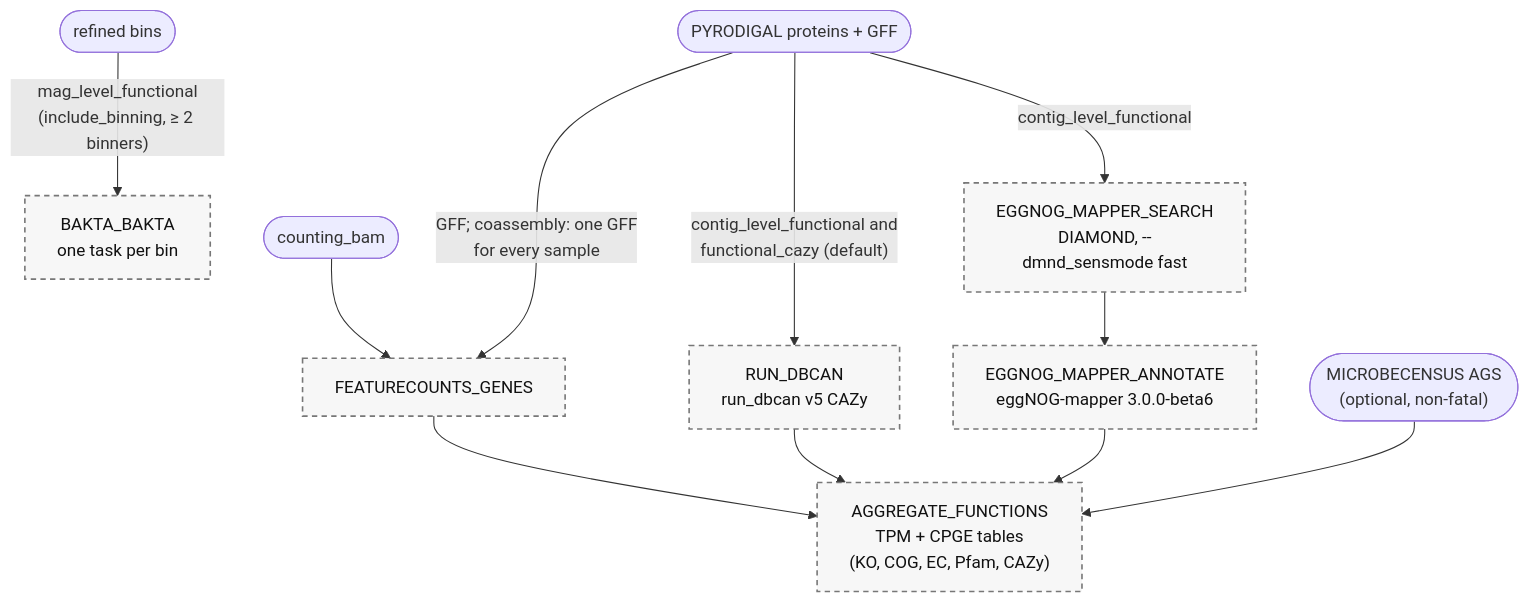
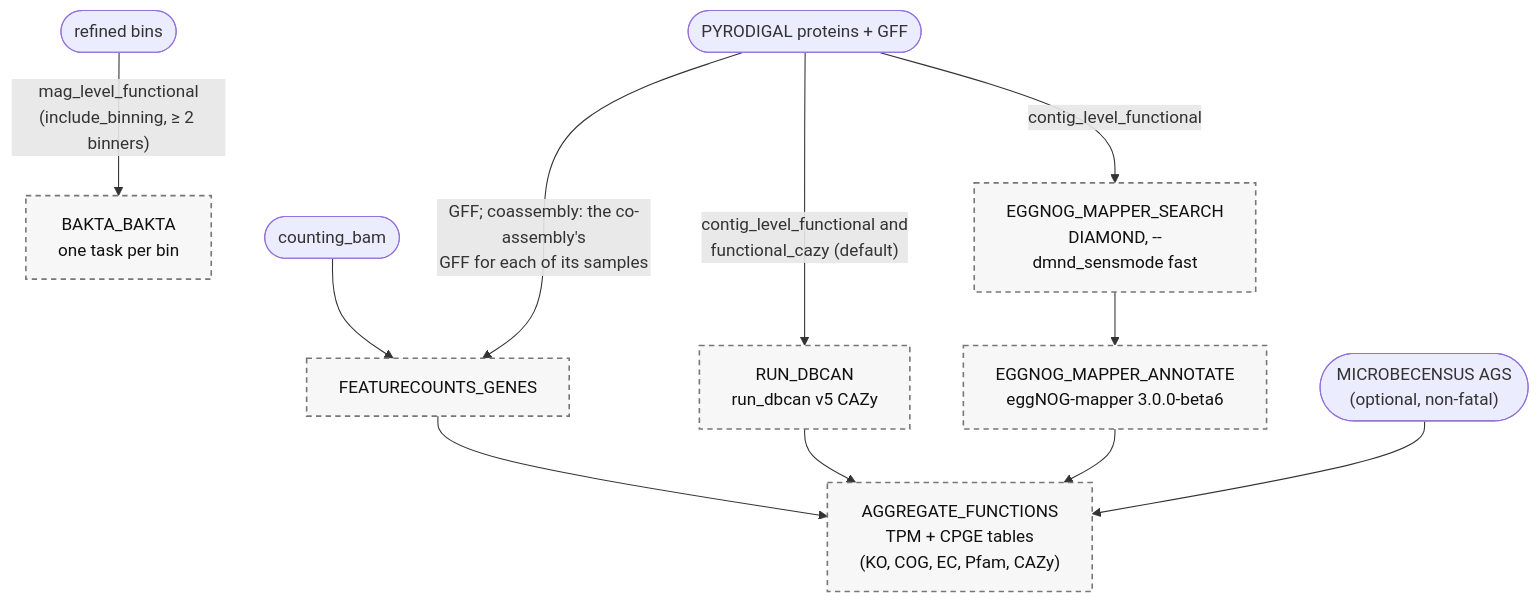
One commit to gene2dis/BugBuster changed diagram 11 of 13 in docs/WORKFLOW_DIAGRAM.md. Above: the diagram before and after it, drawn with Mermaid. The commit also changed other lines of this file and 6 other files, not shown here.

````diff
--- a/docs/WORKFLOW_DIAGRAM.md
+++ b/docs/WORKFLOW_DIAGRAM.md
@@ -390,15 +393,15 @@
 ```mermaid
 flowchart TD
     Prot(["PYRODIGAL proteins + GFF"]) -->|contig_level_functional| EGGNOG_MAPPER_SEARCH["EGGNOG_MAPPER_SEARCH<br/>DIAMOND, --dmnd_sensmode fast"]
     EGGNOG_MAPPER_SEARCH --> EGGNOG_MAPPER_ANNOTATE["EGGNOG_MAPPER_ANNOTATE<br/>eggNOG-mapper 3.0.0-beta6"]
     Prot -->|"contig_level_functional and<br/>functional_cazy (default)"| RUN_DBCAN["RUN_DBCAN<br/>run_dbcan v5 CAZy"]
     BAMs(["counting_bam"]) --> FEATURECOUNTS_GENES
-    Prot -->|"GFF; coassembly: one GFF<br/>for every sample"| FEATURECOUNTS_GENES
+    Prot -->|"GFF; coassembly: the co-assembly's<br/>GFF for each of its samples"| FEATURECOUNTS_GENES
     Ags(["MICROBECENSUS AGS<br/>(optional, non-fatal)"]) --> AGGREGATE_FUNCTIONS
     EGGNOG_MAPPER_ANNOTATE & RUN_DBCAN & FEATURECOUNTS_GENES --> AGGREGATE_FUNCTIONS["AGGREGATE_FUNCTIONS<br/>TPM + CPGE tables<br/>(KO, COG, EC, Pfam, CAZy)"]
 
     Bins(["refined bins"]) -->|"mag_level_functional<br/>(include_binning, ≥ 2 binners)"| BAKTA_BAKTA["BAKTA_BAKTA<br/>one task per bin"]
 
     classDef opt fill:#F7F7F7,stroke:#777,stroke-width:1.5px,stroke-dasharray:5 4,color:#111
     class EGGNOG_MAPPER_SEARCH,EGGNOG_MAPPER_ANNOTATE,RUN_DBCAN,FEATURECOUNTS_GENES,AGGREGATE_FUNCTIONS,BAKTA_BAKTA opt
 ```
````
